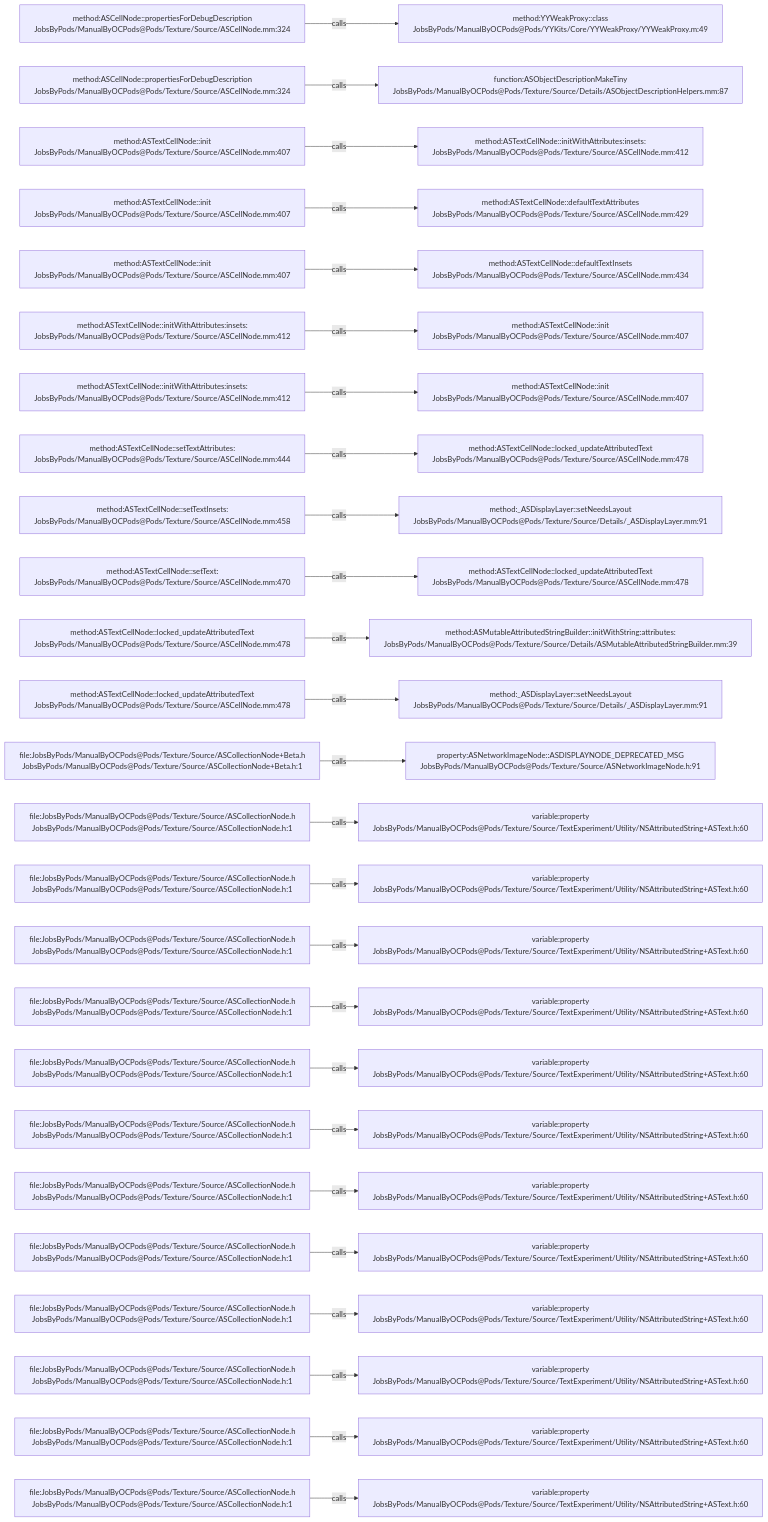
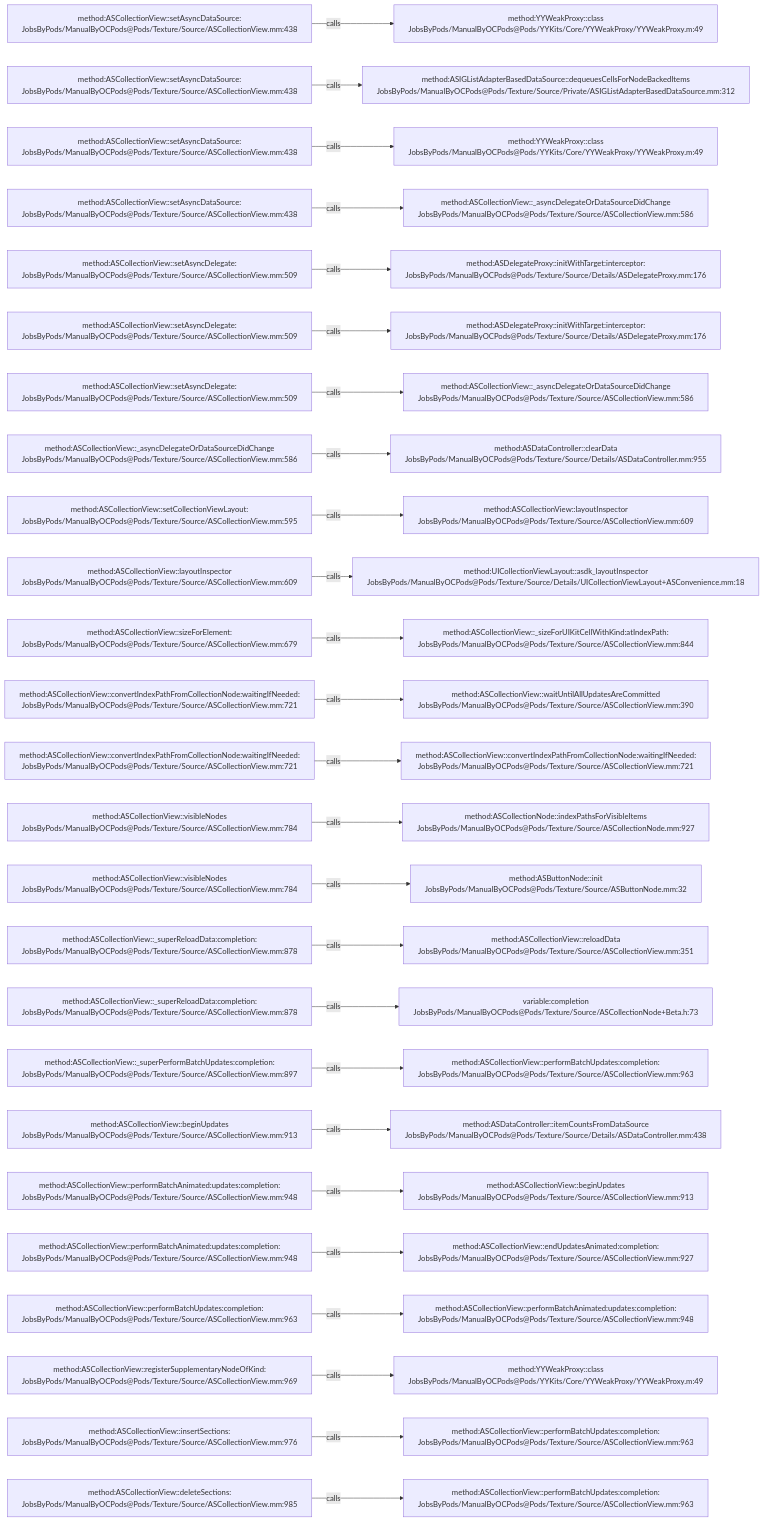
One commit to JobsKits/JobsOCBaseConfigDemo changed the diagram in .codegraph/codegraph.md/graphs/calls-066.md. Above: the diagram before and after it, drawn with Mermaid. The commit also changed 2723 other files, not shown here.

````diff
--- a/.codegraph/codegraph.md/graphs/calls-066.md
+++ b/.codegraph/codegraph.md/graphs/calls-066.md
@@ -13,78 +13,78 @@
 ```mermaid
 flowchart LR
-  S1["method:ASCellNode::propertiesForDebugDescription<br/>JobsByPods/ManualByOCPods@Pods/Texture/Source/ASCellNode.mm:324"]
+  S1["method:ASCollectionView::setAsyncDataSource:<br/>JobsByPods/ManualByOCPods@Pods/Texture/Source/ASCollectionView.mm:438"]
   T1["method:YYWeakProxy::class<br/>JobsByPods/ManualByOCPods@Pods/YYKits/Core/YYWeakProxy/YYWeakProxy.m:49"]
   S1 -->|calls| T1
-  S2["method:ASCellNode::propertiesForDebugDescription<br/>JobsByPods/ManualByOCPods@Pods/Texture/Source/ASCellNode.mm:324"]
-  T2["function:ASObjectDescriptionMakeTiny<br/>JobsByPods/ManualByOCPods@Pods/Texture/Source/Details/ASObjectDescriptionHelpers.mm:87"]
+  S2["method:ASCollectionView::setAsyncDataSource:<br/>JobsByPods/ManualByOCPods@Pods/Texture/Source/ASCollectionView.mm:438"]
+  T2["method:ASIGListAdapterBasedDataSource::dequeuesCellsForNodeBackedItems<br/>JobsByPods/ManualByOCPods@Pods/Texture/Source/Private/ASIGListAdapterBasedDataSource.mm:312"]
   S2 -->|calls| T2
-  S3["method:ASTextCellNode::init<br/>JobsByPods/ManualByOCPods@Pods/Texture/Source/ASCellNode.mm:407"]
-  T3["method:ASTextCellNode::initWithAttributes:insets:<br/>JobsByPods/ManualByOCPods@Pods/Texture/Source/ASCellNode.mm:412"]
+  S3["method:ASCollectionView::setAsyncDataSource:<br/>JobsByPods/ManualByOCPods@Pods/Texture/Source/ASCollectionView.mm:438"]
+  T3["method:YYWeakProxy::class<br/>JobsByPods/ManualByOCPods@Pods/YYKits/Core/YYWeakProxy/YYWeakProxy.m:49"]
   S3 -->|calls| T3
-  S4["method:ASTextCellNode::init<br/>JobsByPods/ManualByOCPods@Pods/Texture/Source/ASCellNode.mm:407"]
-  T4["method:ASTextCellNode::defaultTextAttributes<br/>JobsByPods/ManualByOCPods@Pods/Texture/Source/ASCellNode.mm:429"]
+  S4["method:ASCollectionView::setAsyncDataSource:<br/>JobsByPods/ManualByOCPods@Pods/Texture/Source/ASCollectionView.mm:438"]
+  T4["method:ASCollectionView::_asyncDelegateOrDataSourceDidChange<br/>JobsByPods/ManualByOCPods@Pods/Texture/Source/ASCollectionView.mm:586"]
   S4 -->|calls| T4
-  S5["method:ASTextCellNode::init<br/>JobsByPods/ManualByOCPods@Pods/Texture/Source/ASCellNode.mm:407"]
-  T5["method:ASTextCellNode::defaultTextInsets<br/>JobsByPods/ManualByOCPods@Pods/Texture/Source/ASCellNode.mm:434"]
+  S5["method:ASCollectionView::setAsyncDelegate:<br/>JobsByPods/ManualByOCPods@Pods/Texture/Source/ASCollectionView.mm:509"]
+  T5["method:ASDelegateProxy::initWithTarget:interceptor:<br/>JobsByPods/ManualByOCPods@Pods/Texture/Source/Details/ASDelegateProxy.mm:176"]
   S5 -->|calls| T5
-  S6["method:ASTextCellNode::initWithAttributes:insets:<br/>JobsByPods/ManualByOCPods@Pods/Texture/Source/ASCellNode.mm:412"]
-  T6["method:ASTextCellNode::init<br/>JobsByPods/ManualByOCPods@Pods/Texture/Source/ASCellNode.mm:407"]
+  S6["method:ASCollectionView::setAsyncDelegate:<br/>JobsByPods/ManualByOCPods@Pods/Texture/Source/ASCollectionView.mm:509"]
+  T6["method:ASDelegateProxy::initWithTarget:interceptor:<br/>JobsByPods/ManualByOCPods@Pods/Texture/Source/Details/ASDelegateProxy.mm:176"]
   S6 -->|calls| T6
-  S7["method:ASTextCellNode::initWithAttributes:insets:<br/>JobsByPods/ManualByOCPods@Pods/Texture/Source/ASCellNode.mm:412"]
-  T7["method:ASTextCellNode::init<br/>JobsByPods/ManualByOCPods@Pods/Texture/Source/ASCellNode.mm:407"]
+  S7["method:ASCollectionView::setAsyncDelegate:<br/>JobsByPods/ManualByOCPods@Pods/Texture/Source/ASCollectionView.mm:509"]
+  T7["method:ASCollectionView::_asyncDelegateOrDataSourceDidChange<br/>JobsByPods/ManualByOCPods@Pods/Texture/Source/ASCollectionView.mm:586"]
   S7 -->|calls| T7
-  S8["method:ASTextCellNode::setTextAttributes:<br/>JobsByPods/ManualByOCPods@Pods/Texture/Source/ASCellNode.mm:444"]
-  T8["method:ASTextCellNode::locked_updateAttributedText<br/>JobsByPods/ManualByOCPods@Pods/Texture/Source/ASCellNode.mm:478"]
+  S8["method:ASCollectionView::_asyncDelegateOrDataSourceDidChange<br/>JobsByPods/ManualByOCPods@Pods/Texture/Source/ASCollectionView.mm:586"]
+  T8["method:ASDataController::clearData<br/>JobsByPods/ManualByOCPods@Pods/Texture/Source/Details/ASDataController.mm:955"]
   S8 -->|calls| T8
-  S9["method:ASTextCellNode::setTextInsets:<br/>JobsByPods/ManualByOCPods@Pods/Texture/Source/ASCellNode.mm:458"]
-  T9["method:_ASDisplayLayer::setNeedsLayout<br/>JobsByPods/ManualByOCPods@Pods/Texture/Source/Details/_ASDisplayLayer.mm:91"]
+  S9["method:ASCollectionView::setCollectionViewLayout:<br/>JobsByPods/ManualByOCPods@Pods/Texture/Source/ASCollectionView.mm:595"]
+  T9["method:ASCollectionView::layoutInspector<br/>JobsByPods/ManualByOCPods@Pods/Texture/Source/ASCollectionView.mm:609"]
   S9 -->|calls| T9
-  S10["method:ASTextCellNode::setText:<br/>JobsByPods/ManualByOCPods@Pods/Texture/Source/ASCellNode.mm:470"]
-  T10["method:ASTextCellNode::locked_updateAttributedText<br/>JobsByPods/ManualByOCPods@Pods/Texture/Source/ASCellNode.mm:478"]
+  S10["method:ASCollectionView::layoutInspector<br/>JobsByPods/ManualByOCPods@Pods/Texture/Source/ASCollectionView.mm:609"]
+  T10["method:UICollectionViewLayout::asdk_layoutInspector<br/>JobsByPods/ManualByOCPods@Pods/Texture/Source/Details/UICollectionViewLayout+ASConvenience.mm:18"]
   S10 -->|calls| T10
-  S11["method:ASTextCellNode::locked_updateAttributedText<br/>JobsByPods/ManualByOCPods@Pods/Texture/Source/ASCellNode.mm:478"]
-  T11["method:ASMutableAttributedStringBuilder::initWithString:attributes:<br/>JobsByPods/ManualByOCPods@Pods/Texture/Source/Details/ASMutableAttributedStringBuilder.mm:39"]
+  S11["method:ASCollectionView::sizeForElement:<br/>JobsByPods/ManualByOCPods@Pods/Texture/Source/ASCollectionView.mm:679"]
+  T11["method:ASCollectionView::_sizeForUIKitCellWithKind:atIndexPath:<br/>JobsByPods/ManualByOCPods@Pods/Texture/Source/ASCollectionView.mm:844"]
   S11 -->|calls| T11
-  S12["method:ASTextCellNode::locked_updateAttributedText<br/>JobsByPods/ManualByOCPods@Pods/Texture/Source/ASCellNode.mm:478"]
-  T12["method:_ASDisplayLayer::setNeedsLayout<br/>JobsByPods/ManualByOCPods@Pods/Texture/Source/Details/_ASDisplayLayer.mm:91"]
+  S12["method:ASCollectionView::convertIndexPathFromCollectionNode:waitingIfNeeded:<br/>JobsByPods/ManualByOCPods@Pods/Texture/Source/ASCollectionView.mm:721"]
+  T12["method:ASCollectionView::waitUntilAllUpdatesAreCommitted<br/>JobsByPods/ManualByOCPods@Pods/Texture/Source/ASCollectionView.mm:390"]
   S12 -->|calls| T12
-  S13["file:JobsByPods/ManualByOCPods@Pods/Texture/Source/ASCollectionNode+Beta.h<br/>JobsByPods/ManualByOCPods@Pods/Texture/Source/ASCollectionNode+Beta.h:1"]
-  T13["property:ASNetworkImageNode::ASDISPLAYNODE_DEPRECATED_MSG<br/>JobsByPods/ManualByOCPods@Pods/Texture/Source/ASNetworkImageNode.h:91"]
+  S13["method:ASCollectionView::convertIndexPathFromCollectionNode:waitingIfNeeded:<br/>JobsByPods/ManualByOCPods@Pods/Texture/Source/ASCollectionView.mm:721"]
+  T13["method:ASCollectionView::convertIndexPathFromCollectionNode:waitingIfNeeded:<br/>JobsByPods/ManualByOCPods@Pods/Texture/Source/ASCollectionView.mm:721"]
   S13 -->|calls| T13
-  S14["file:JobsByPods/ManualByOCPods@Pods/Texture/Source/ASCollectionNode.h<br/>JobsByPods/ManualByOCPods@Pods/Texture/Source/ASCollectionNode.h:1"]
-  T14["variable:property<br/>JobsByPods/ManualByOCPods@Pods/Texture/Source/TextExperiment/Utility/NSAttributedString+ASText.h:60"]
+  S14["method:ASCollectionView::visibleNodes<br/>JobsByPods/ManualByOCPods@Pods/Texture/Source/ASCollectionView.mm:784"]
+  T14["method:ASCollectionNode::indexPathsForVisibleItems<br/>JobsByPods/ManualByOCPods@Pods/Texture/Source/ASCollectionNode.mm:927"]
   S14 -->|calls| T14
-  S15["file:JobsByPods/ManualByOCPods@Pods/Texture/Source/ASCollectionNode.h<br/>JobsByPods/ManualByOCPods@Pods/Texture/Source/ASCollectionNode.h:1"]
-  T15["variable:property<br/>JobsByPods/ManualByOCPods@Pods/Texture/Source/TextExperiment/Utility/NSAttributedString+ASText.h:60"]
+  S15["method:ASCollectionView::visibleNodes<br/>JobsByPods/ManualByOCPods@Pods/Texture/Source/ASCollectionView.mm:784"]
+  T15["method:ASButtonNode::init<br/>JobsByPods/ManualByOCPods@Pods/Texture/Source/ASButtonNode.mm:32"]
   S15 -->|calls| T15
-  S16["file:JobsByPods/ManualByOCPods@Pods/Texture/Source/ASCollectionNode.h<br/>JobsByPods/ManualByOCPods@Pods/Texture/Source/ASCollectionNode.h:1"]
-  T16["variable:property<br/>JobsByPods/ManualByOCPods@Pods/Texture/Source/TextExperiment/Utility/NSAttributedString+ASText.h:60"]
+  S16["method:ASCollectionView::_superReloadData:completion:<br/>JobsByPods/ManualByOCPods@Pods/Texture/Source/ASCollectionView.mm:878"]
+  T16["method:ASCollectionView::reloadData<br/>JobsByPods/ManualByOCPods@Pods/Texture/Source/ASCollectionView.mm:351"]
   S16 -->|calls| T16
-  S17["file:JobsByPods/ManualByOCPods@Pods/Texture/Source/ASCollectionNode.h<br/>JobsByPods/ManualByOCPods@Pods/Texture/Source/ASCollectionNode.h:1"]
-  T17["variable:property<br/>JobsByPods/ManualByOCPods@Pods/Texture/Source/TextExperiment/Utility/NSAttributedString+ASText.h:60"]
+  S17["method:ASCollectionView::_superReloadData:completion:<br/>JobsByPods/ManualByOCPods@Pods/Texture/Source/ASCollectionView.mm:878"]
+  T17["variable:completion<br/>JobsByPods/ManualByOCPods@Pods/Texture/Source/ASCollectionNode+Beta.h:73"]
   S17 -->|calls| T17
-  S18["file:JobsByPods/ManualByOCPods@Pods/Texture/Source/ASCollectionNode.h<br/>JobsByPods/ManualByOCPods@Pods/Texture/Source/ASCollectionNode.h:1"]
-  T18["variable:property<br/>JobsByPods/ManualByOCPods@Pods/Texture/Source/TextExperiment/Utility/NSAttributedString+ASText.h:60"]
+  S18["method:ASCollectionView::_superPerformBatchUpdates:completion:<br/>JobsByPods/ManualByOCPods@Pods/Texture/Source/ASCollectionView.mm:897"]
+  T18["method:ASCollectionView::performBatchUpdates:completion:<br/>JobsByPods/ManualByOCPods@Pods/Texture/Source/ASCollectionView.mm:963"]
   S18 -->|calls| T18
-  S19["file:JobsByPods/ManualByOCPods@Pods/Texture/Source/ASCollectionNode.h<br/>JobsByPods/ManualByOCPods@Pods/Texture/Source/ASCollectionNode.h:1"]
-  T19["variable:property<br/>JobsByPods/ManualByOCPods@Pods/Texture/Source/TextExperiment/Utility/NSAttributedString+ASText.h:60"]
+  S19["method:ASCollectionView::beginUpdates<br/>JobsByPods/ManualByOCPods@Pods/Texture/Source/ASCollectionView.mm:913"]
+  T19["method:ASDataController::itemCountsFromDataSource<br/>JobsByPods/ManualByOCPods@Pods/Texture/Source/Details/ASDataController.mm:438"]
   S19 -->|calls| T19
-  S20["file:JobsByPods/ManualByOCPods@Pods/Texture/Source/ASCollectionNode.h<br/>JobsByPods/ManualByOCPods@Pods/Texture/Source/ASCollectionNode.h:1"]
-  T20["variable:property<br/>JobsByPods/ManualByOCPods@Pods/Texture/Source/TextExperiment/Utility/NSAttributedString+ASText.h:60"]
+  S20["method:ASCollectionView::performBatchAnimated:updates:completion:<br/>JobsByPods/ManualByOCPods@Pods/Texture/Source/ASCollectionView.mm:948"]
+  T20["method:ASCollectionView::beginUpdates<br/>JobsByPods/ManualByOCPods@Pods/Texture/Source/ASCollectionView.mm:913"]
   S20 -->|calls| T20
-  S21["file:JobsByPods/ManualByOCPods@Pods/Texture/Source/ASCollectionNode.h<br/>JobsByPods/ManualByOCPods@Pods/Texture/Source/ASCollectionNode.h:1"]
-  T21["variable:property<br/>JobsByPods/ManualByOCPods@Pods/Texture/Source/TextExperiment/Utility/NSAttributedString+ASText.h:60"]
+  S21["method:ASCollectionView::performBatchAnimated:updates:completion:<br/>JobsByPods/ManualByOCPods@Pods/Texture/Source/ASCollectionView.mm:948"]
+  T21["method:ASCollectionView::endUpdatesAnimated:completion:<br/>JobsByPods/ManualByOCPods@Pods/Texture/Source/ASCollectionView.mm:927"]
   S21 -->|calls| T21
-  S22["file:JobsByPods/ManualByOCPods@Pods/Texture/Source/ASCollectionNode.h<br/>JobsByPods/ManualByOCPods@Pods/Texture/Source/ASCollectionNode.h:1"]
-  T22["variable:property<br/>JobsByPods/ManualByOCPods@Pods/Texture/Source/TextExperiment/Utility/NSAttributedString+ASText.h:60"]
+  S22["method:ASCollectionView::performBatchUpdates:completion:<br/>JobsByPods/ManualByOCPods@Pods/Texture/Source/ASCollectionView.mm:963"]
+  T22["method:ASCollectionView::performBatchAnimated:updates:completion:<br/>JobsByPods/ManualByOCPods@Pods/Texture/Source/ASCollectionView.mm:948"]
   S22 -->|calls| T22
-  S23["file:JobsByPods/ManualByOCPods@Pods/Texture/Source/ASCollectionNode.h<br/>JobsByPods/ManualByOCPods@Pods/Texture/Source/ASCollectionNode.h:1"]
-  T23["variable:property<br/>JobsByPods/ManualByOCPods@Pods/Texture/Source/TextExperiment/Utility/NSAttributedString+ASText.h:60"]
+  S23["method:ASCollectionView::registerSupplementaryNodeOfKind:<br/>JobsByPods/ManualByOCPods@Pods/Texture/Source/ASCollectionView.mm:969"]
+  T23["method:YYWeakProxy::class<br/>JobsByPods/ManualByOCPods@Pods/YYKits/Core/YYWeakProxy/YYWeakProxy.m:49"]
   S23 -->|calls| T23
-  S24["file:JobsByPods/ManualByOCPods@Pods/Texture/Source/ASCollectionNode.h<br/>JobsByPods/ManualByOCPods@Pods/Texture/Source/ASCollectionNode.h:1"]
-  T24["variable:property<br/>JobsByPods/ManualByOCPods@Pods/Texture/Source/TextExperiment/Utility/NSAttributedString+ASText.h:60"]
+  S24["method:ASCollectionView::insertSections:<br/>JobsByPods/ManualByOCPods@Pods/Texture/Source/ASCollectionView.mm:976"]
+  T24["method:ASCollectionView::performBatchUpdates:completion:<br/>JobsByPods/ManualByOCPods@Pods/Texture/Source/ASCollectionView.mm:963"]
   S24 -->|calls| T24
-  S25["file:JobsByPods/ManualByOCPods@Pods/Texture/Source/ASCollectionNode.h<br/>JobsByPods/ManualByOCPods@Pods/Texture/Source/ASCollectionNode.h:1"]
-  T25["variable:property<br/>JobsByPods/ManualByOCPods@Pods/Texture/Source/TextExperiment/Utility/NSAttributedString+ASText.h:60"]
+  S25["method:ASCollectionView::deleteSections:<br/>JobsByPods/ManualByOCPods@Pods/Texture/Source/ASCollectionView.mm:985"]
+  T25["method:ASCollectionView::performBatchUpdates:completion:<br/>JobsByPods/ManualByOCPods@Pods/Texture/Source/ASCollectionView.mm:963"]
   S25 -->|calls| T25
 ```
````
